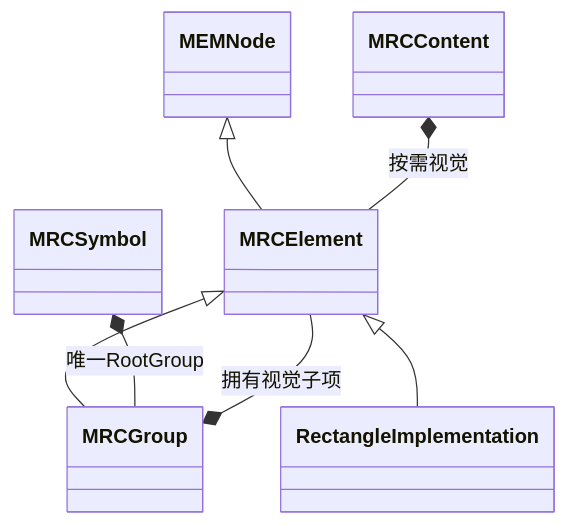
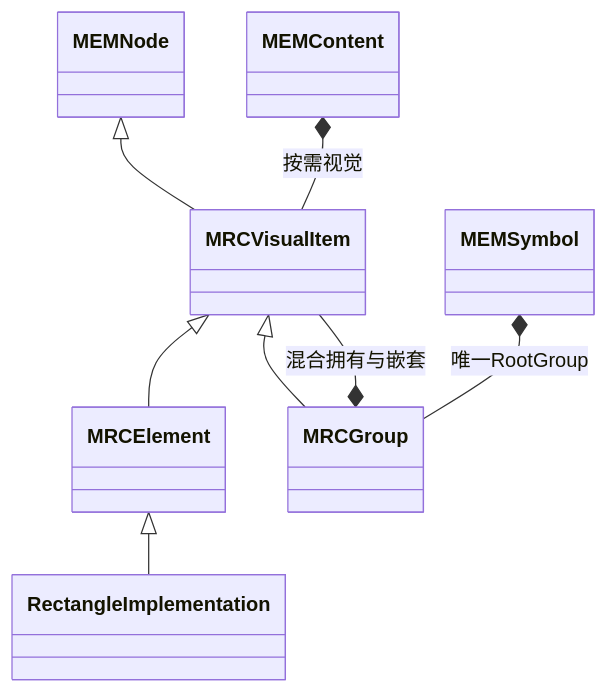
The second of 2 diagrams in DOCS/Architecture/CxVisual_统一工程组织体系_架构待裁决清单_V1.1.md (oudream/cx-visual-x3), drawn with Mermaid before and after one commit. The commit also changed other lines of this file and 5 other files, not shown here.

````diff
--- a/DOCS/Architecture/CxVisual_统一工程组织体系_架构待裁决清单_V1.1.md
+++ b/DOCS/Architecture/CxVisual_统一工程组织体系_架构待裁决清单_V1.1.md
@@ -95,9 +95,10 @@
 ```mermaid
 classDiagram
-    MEMNode <|-- MRCElement
-    MRCElement <|-- MRCGroup
+    MEMNode <|-- MRCVisualItem
+    MRCVisualItem <|-- MRCElement
+    MRCVisualItem <|-- MRCGroup
     MRCElement <|-- RectangleImplementation
-    MRCGroup *-- MRCElement : 拥有视觉子项
-    MRCSymbol *-- MRCGroup : 唯一RootGroup
-    MRCContent *-- MRCElement : 按需视觉
+    MRCGroup *-- MRCVisualItem : 混合拥有与嵌套
+    MEMSymbol *-- MRCGroup : 唯一RootGroup
+    MEMContent *-- MRCVisualItem : 按需视觉
 ```
````
